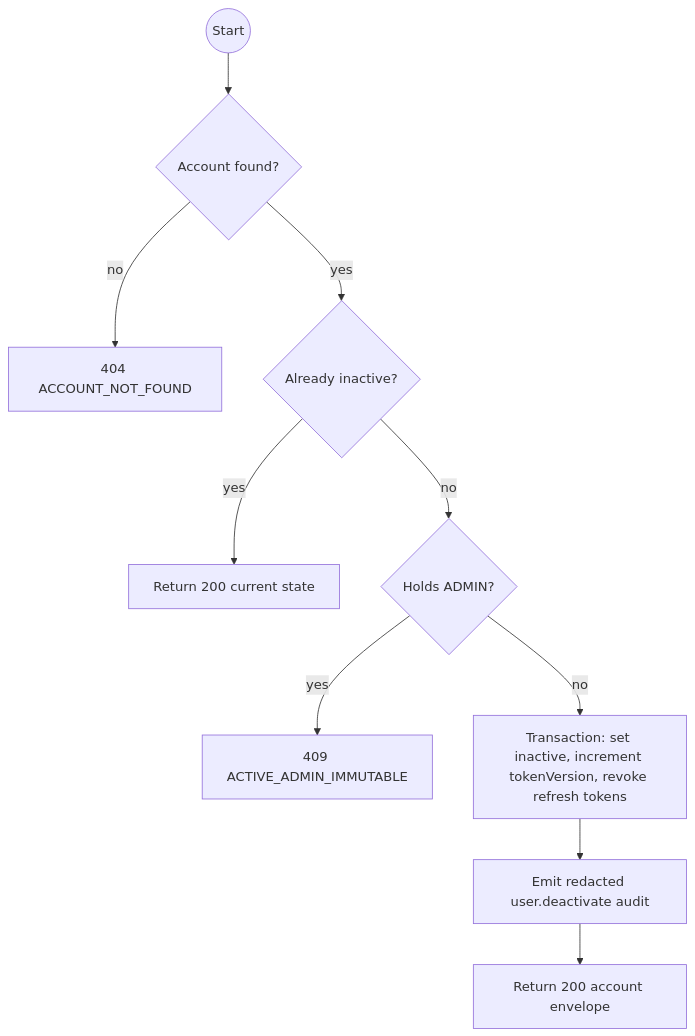
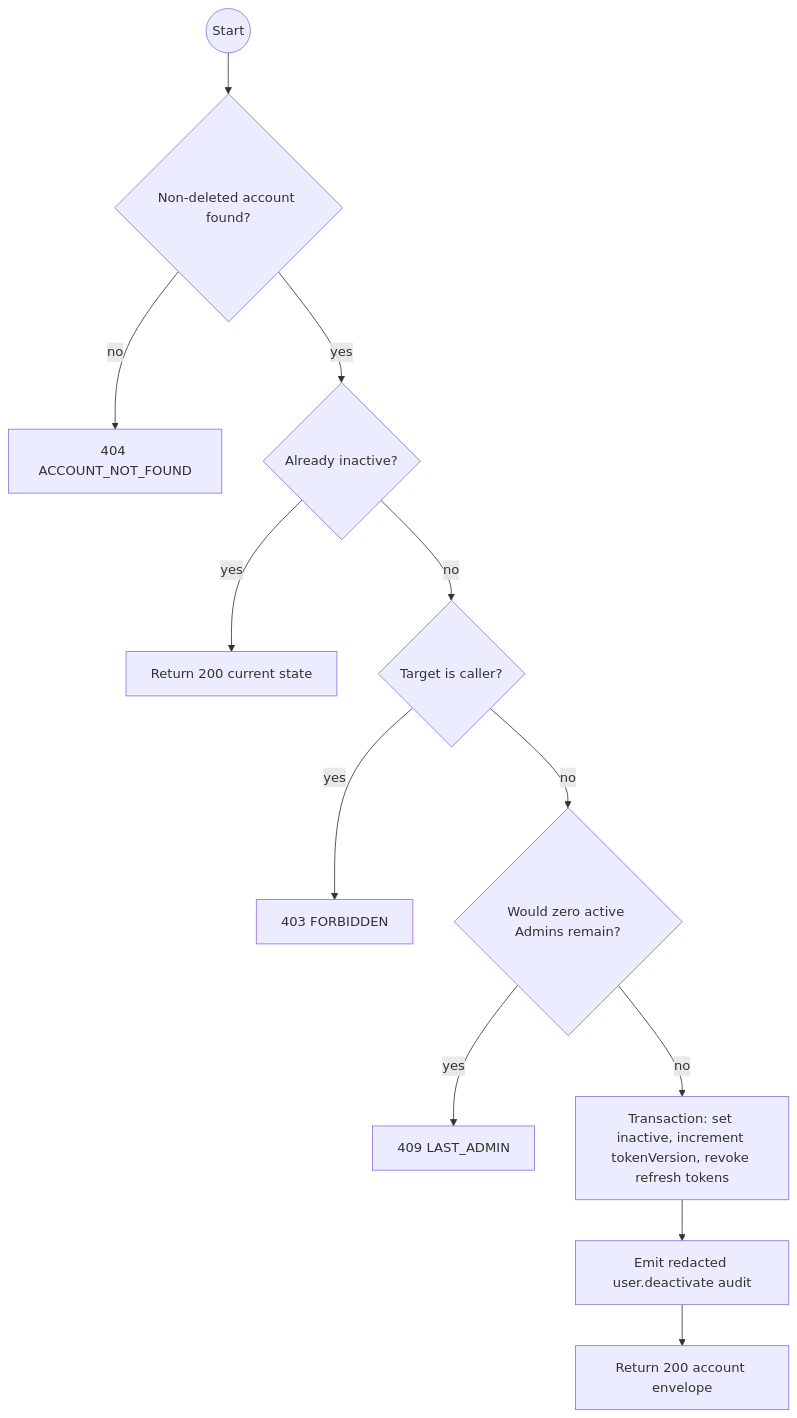
One commit to TrekLink-Team/treklink-web changed the first of 2 diagrams in specs/auth/api-design/20-post-users-deactivate.md. Above: the diagram before and after it, drawn with Mermaid. The commit also changed other lines of this file and 9 other files, not shown here.

````diff
--- a/specs/auth/api-design/20-post-users-deactivate.md
+++ b/specs/auth/api-design/20-post-users-deactivate.md
@@ -72,12 +71,14 @@
 ```mermaid
 flowchart TB
-    S((Start)) --> F{Account found?}
+    S((Start)) --> F{Non-deleted account found?}
     F -->|no| E1[404 ACCOUNT_NOT_FOUND]
     F -->|yes| I{Already inactive?}
     I -->|yes| O1[Return 200 current state]
-    I -->|no| A{Holds ADMIN?}
-    A -->|yes| E2[409 ACTIVE_ADMIN_IMMUTABLE]
-    A -->|no| T[Transaction: set inactive, increment tokenVersion, revoke refresh tokens]
+    I -->|no| A{Target is caller?}
+    A -->|yes| E2[403 FORBIDDEN]
+    A -->|no| L{Would zero active Admins remain?}
+    L -->|yes| E3[409 LAST_ADMIN]
+    L -->|no| T[Transaction: set inactive, increment tokenVersion, revoke refresh tokens]
     T --> U[Emit redacted user.deactivate audit]
     U --> O2[Return 200 account envelope]
 ```
````
